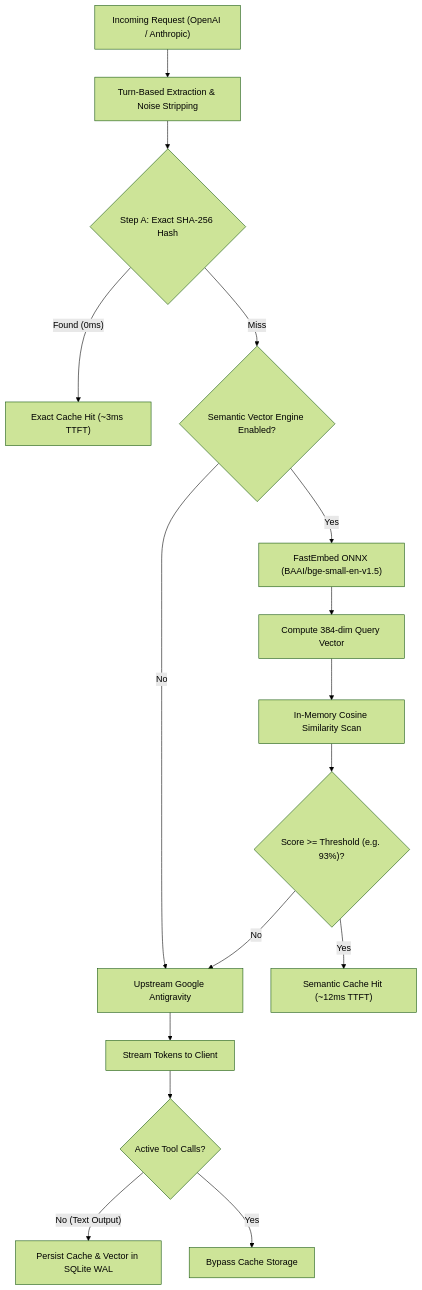
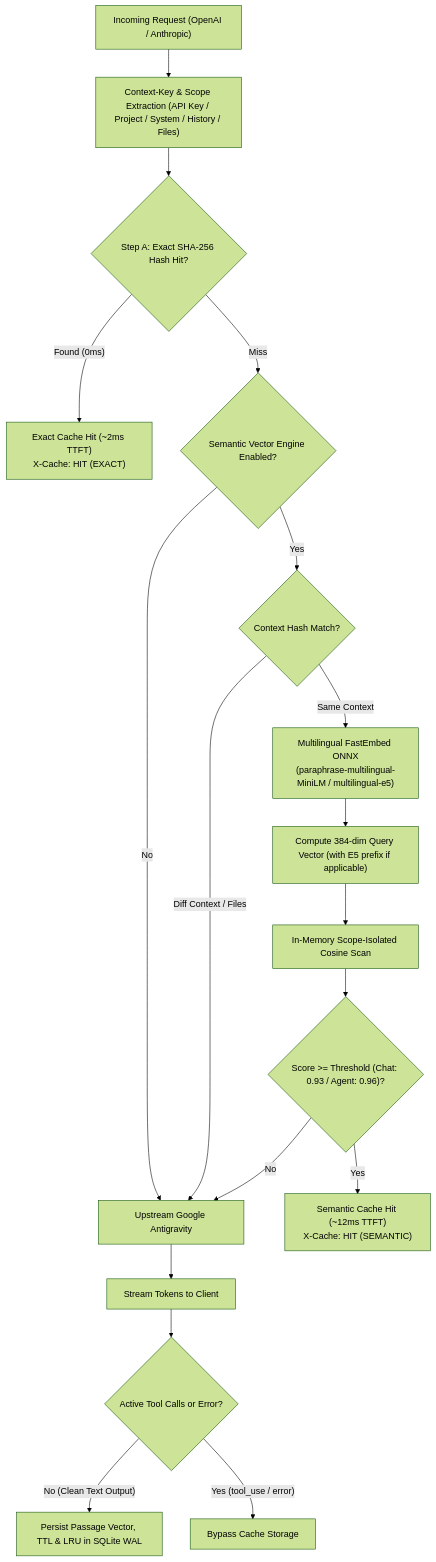
Before and after one commit to irhamkaraman/prime-gate-proxy-antigravity-lik: the second of 2 diagrams in README.md, drawn with Mermaid (forest theme). The commit also changed other lines of this file and 82 other files, not shown here.

Commit message:
chore(release): v1.2.4 - client API key policy enforcement, dynamic whitelisting & cache scope isolation

````diff
--- a/README.md
+++ b/README.md
@@ -522,24 +572,27 @@
 ```mermaid
 graph TD
     Request["Incoming Request (OpenAI / Anthropic)"]
-    --> Extract["Turn-Based Extraction & Noise Stripping"]
+    --> Extract["Context-Key & Scope Extraction (API Key / Project / System / History / Files)"]
     
-    Extract --> StepA{"Step A: Exact SHA-256 Hash"}
-    StepA -->|"Found (0ms)"| ExactHit["Exact Cache Hit (~3ms TTFT)"]
+    Extract --> StepA{"Step A: Exact SHA-256 Hash Hit?"}
+    StepA -->|"Found (0ms)"| ExactHit["Exact Cache Hit (~2ms TTFT)<br/>X-Cache: HIT (EXACT)"]
     
     StepA -->|"Miss"| StepB{"Semantic Vector Engine Enabled?"}
     StepB -->|"No"| Upstream["Upstream Google Antigravity"]
     
-    StepB -->|"Yes"| FastEmbed["FastEmbed ONNX (BAAI/bge-small-en-v1.5)"]
-    FastEmbed --> Vector["Compute 384-dim Query Vector"]
-    Vector --> Cosine["In-Memory Cosine Similarity Scan"]
+    StepB -->|"Yes"| ContextCheck{"Context Hash Match?"}
+    ContextCheck -->|"Diff Context / Files"| Upstream
     
-    Cosine --> Check{"Score >= Threshold (e.g. 93%)?"}
-    Check -->|"Yes"| SemanticHit["Semantic Cache Hit (~12ms TTFT)"]
+    ContextCheck -->|"Same Context"| FastEmbed["Multilingual FastEmbed ONNX<br/>(paraphrase-multilingual-MiniLM / multilingual-e5)"]
+    FastEmbed --> Vector["Compute 384-dim Query Vector (with E5 prefix if applicable)"]
+    Vector --> Cosine["In-Memory Scope-Isolated Cosine Scan"]
+    
+    Cosine --> Check{"Score >= Threshold (Chat: 0.93 / Agent: 0.96)?"}
+    Check -->|"Yes"| SemanticHit["Semantic Cache Hit (~12ms TTFT)<br/>X-Cache: HIT (SEMANTIC)"]
     Check -->|"No"| Upstream
     
     Upstream --> Stream["Stream Tokens to Client"]
-    Stream --> Save{"Active Tool Calls?"}
-    Save -->|"No (Text Output)"| Store["Persist Cache & Vector in SQLite WAL"]
-    Save -->|"Yes"| Skip["Bypass Cache Storage"]
+    Stream --> Save{"Active Tool Calls or Error?"}
+    Save -->|"No (Clean Text Output)"| Store["Persist Passage Vector, TTL & LRU in SQLite WAL"]
+    Save -->|"Yes (tool_use / error)"| Skip["Bypass Cache Storage"]
 ```
````
